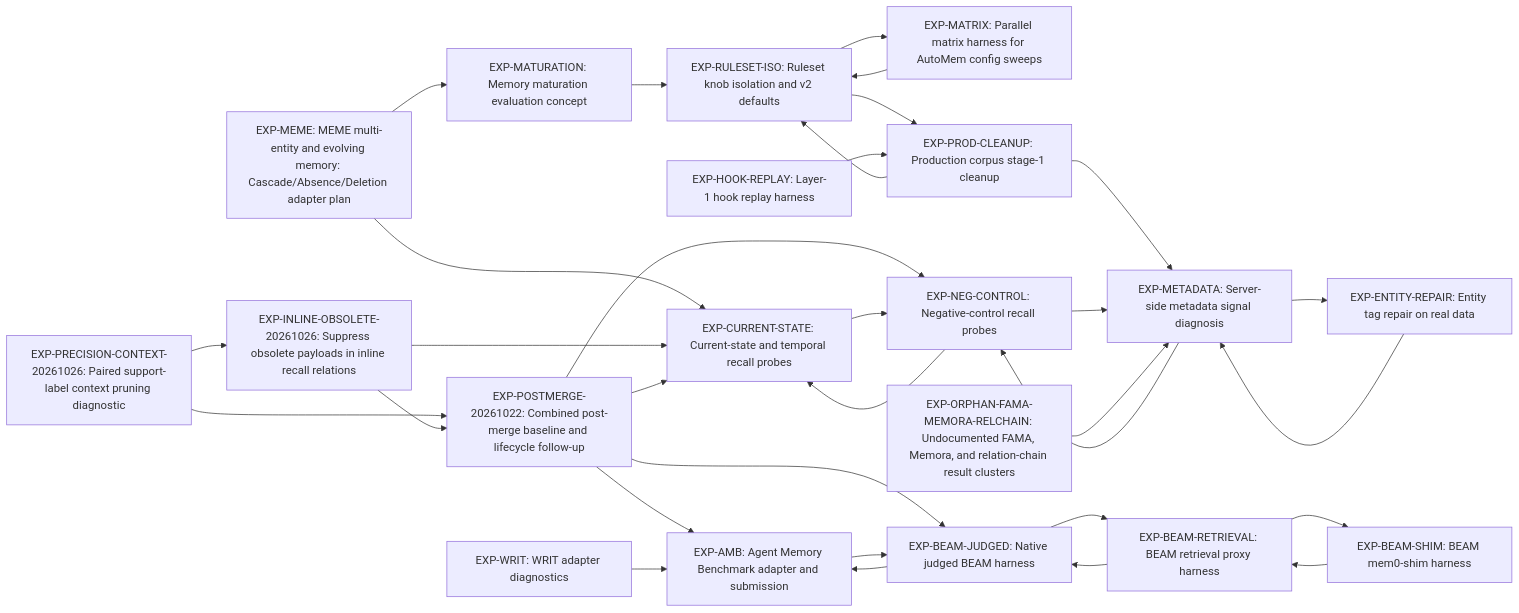
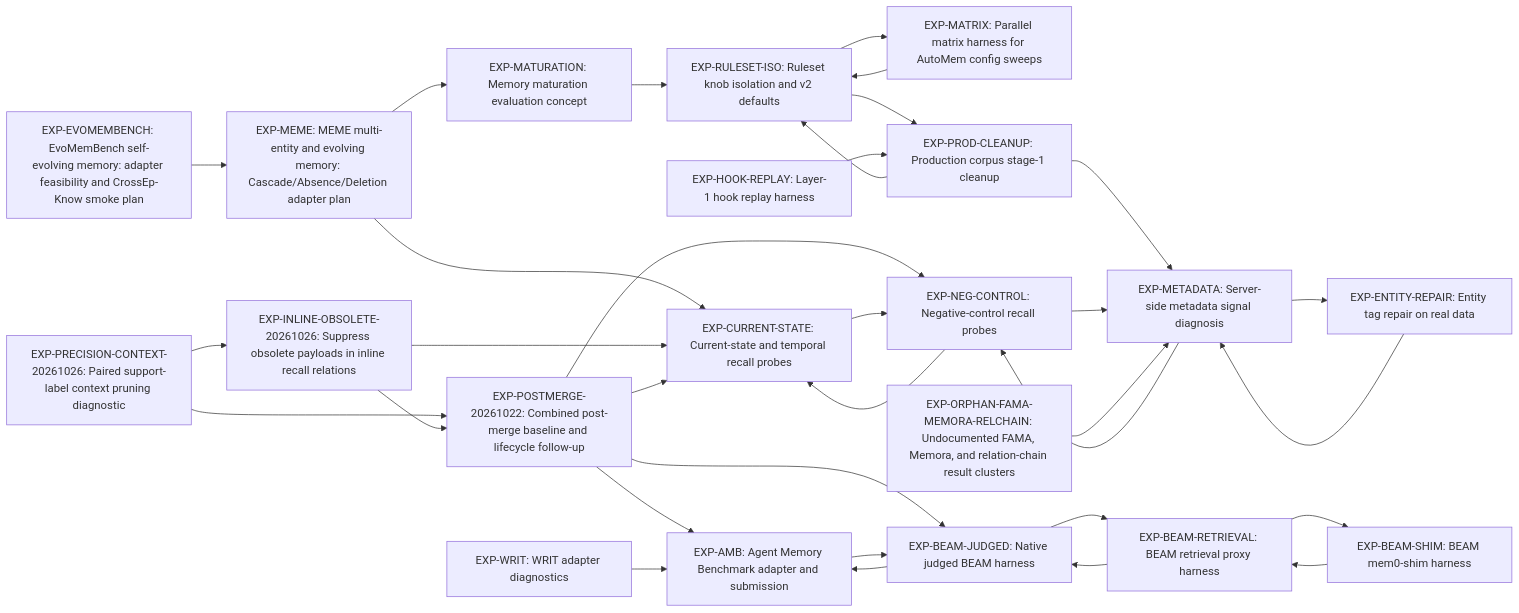
One commit to verygoodplugins/automem-evals changed the diagram in docs/experiments/STATUS.md. Above: the diagram before and after it, drawn with Mermaid. The commit also changed other lines of this file and 4 other files, not shown here.

First line of the commit message:
docs(eval): track EvoMemBench adapter feasibility and CrossEp-Know smoke plan (#91)

````diff
--- a/docs/experiments/STATUS.md
+++ b/docs/experiments/STATUS.md
@@ -34,53 +35,55 @@
 ```mermaid
 flowchart LR
+  EXP_EVOMEMBENCH["EXP-EVOMEMBENCH: EvoMemBench self-evolving memory: adapter feasibility and CrossEp-Know smoke plan"]
   EXP_MEME["EXP-MEME: MEME multi-entity and evolving memory: Cascade/Absence/Deletion adapter plan"]
   EXP_PRECISION_CONTEXT_20261026["EXP-PRECISION-CONTEXT-20261026: Paired support-label context pruning diagnostic"]
   EXP_INLINE_OBSOLETE_20261026["EXP-INLINE-OBSOLETE-20261026: Suppress obsolete payloads in inline recall relations"]
   EXP_POSTMERGE_20261022["EXP-POSTMERGE-20261022: Combined post-merge baseline and lifecycle follow-up"]
   EXP_AMB["EXP-AMB: Agent Memory Benchmark adapter and submission"]
   EXP_MATRIX["EXP-MATRIX: Parallel matrix harness for AutoMem config sweeps"]
   EXP_BEAM_JUDGED["EXP-BEAM-JUDGED: Native judged BEAM harness"]
   EXP_BEAM_RETRIEVAL["EXP-BEAM-RETRIEVAL: BEAM retrieval proxy harness"]
   EXP_BEAM_SHIM["EXP-BEAM-SHIM: BEAM mem0-shim harness"]
   EXP_RULESET_ISO["EXP-RULESET-ISO: Ruleset knob isolation and v2 defaults"]
   EXP_PROD_CLEANUP["EXP-PROD-CLEANUP: Production corpus stage-1 cleanup"]
   EXP_HOOK_REPLAY["EXP-HOOK-REPLAY: Layer-1 hook replay harness"]
   EXP_CURRENT_STATE["EXP-CURRENT-STATE: Current-state and temporal recall probes"]
   EXP_ENTITY_REPAIR["EXP-ENTITY-REPAIR: Entity tag repair on real data"]
   EXP_METADATA["EXP-METADATA: Server-side metadata signal diagnosis"]
   EXP_NEG_CONTROL["EXP-NEG-CONTROL: Negative-control recall probes"]
   EXP_WRIT["EXP-WRIT: WRIT adapter diagnostics"]
   EXP_MATURATION["EXP-MATURATION: Memory maturation evaluation concept"]
   EXP_ORPHAN_FAMA_MEMORA_RELCHAIN["EXP-ORPHAN-FAMA-MEMORA-RELCHAIN: Undocumented FAMA, Memora, and relation-chain result clusters"]
+  EXP_EVOMEMBENCH --> EXP_MEME
   EXP_MEME --> EXP_CURRENT_STATE
   EXP_MEME --> EXP_MATURATION
   EXP_PRECISION_CONTEXT_20261026 --> EXP_POSTMERGE_20261022
   EXP_PRECISION_CONTEXT_20261026 --> EXP_INLINE_OBSOLETE_20261026
   EXP_INLINE_OBSOLETE_20261026 --> EXP_POSTMERGE_20261022
   EXP_INLINE_OBSOLETE_20261026 --> EXP_CURRENT_STATE
   EXP_POSTMERGE_20261022 --> EXP_CURRENT_STATE
   EXP_POSTMERGE_20261022 --> EXP_NEG_CONTROL
   EXP_POSTMERGE_20261022 --> EXP_AMB
   EXP_POSTMERGE_20261022 --> EXP_BEAM_JUDGED
   EXP_AMB --> EXP_BEAM_JUDGED
   EXP_MATRIX --> EXP_RULESET_ISO
   EXP_BEAM_JUDGED --> EXP_BEAM_RETRIEVAL
   EXP_BEAM_JUDGED --> EXP_AMB
   EXP_BEAM_RETRIEVAL --> EXP_BEAM_SHIM
   EXP_BEAM_RETRIEVAL --> EXP_BEAM_JUDGED
   EXP_BEAM_SHIM --> EXP_BEAM_RETRIEVAL
   EXP_RULESET_ISO --> EXP_PROD_CLEANUP
   EXP_RULESET_ISO --> EXP_MATRIX
   EXP_PROD_CLEANUP --> EXP_RULESET_ISO
   EXP_PROD_CLEANUP --> EXP_METADATA
   EXP_HOOK_REPLAY --> EXP_PROD_CLEANUP
   EXP_CURRENT_STATE --> EXP_NEG_CONTROL
   EXP_ENTITY_REPAIR --> EXP_METADATA
   EXP_METADATA --> EXP_ENTITY_REPAIR
   EXP_METADATA --> EXP_NEG_CONTROL
   EXP_NEG_CONTROL --> EXP_METADATA
   EXP_NEG_CONTROL --> EXP_CURRENT_STATE
   EXP_WRIT --> EXP_AMB
   EXP_MATURATION --> EXP_RULESET_ISO
   EXP_ORPHAN_FAMA_MEMORA_RELCHAIN --> EXP_METADATA
 ```
````
